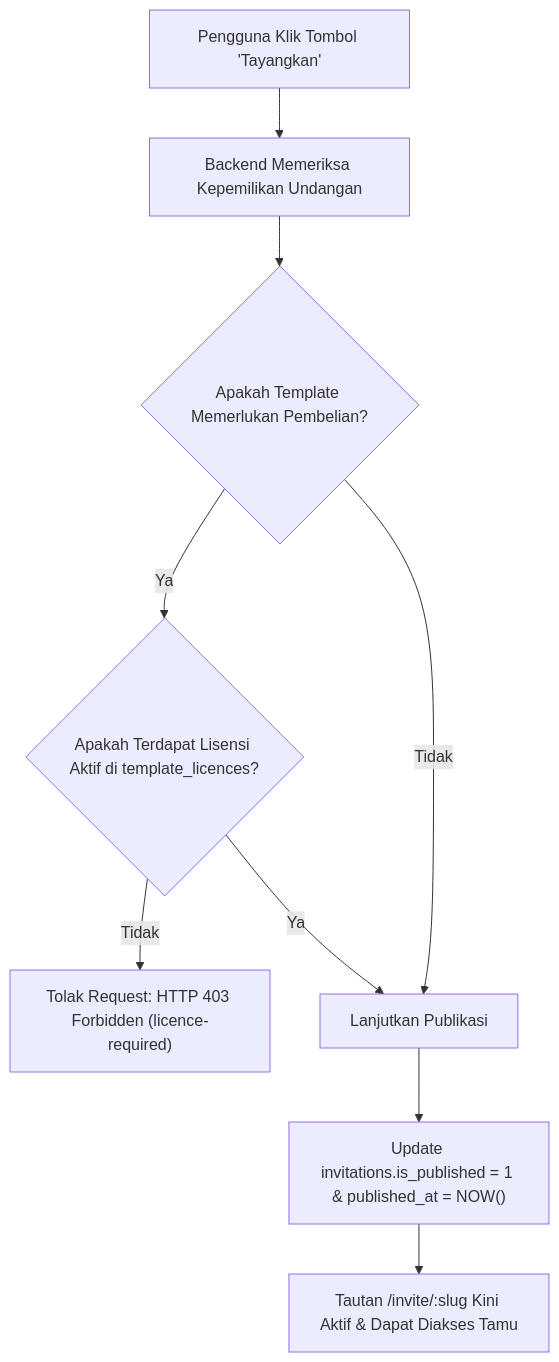
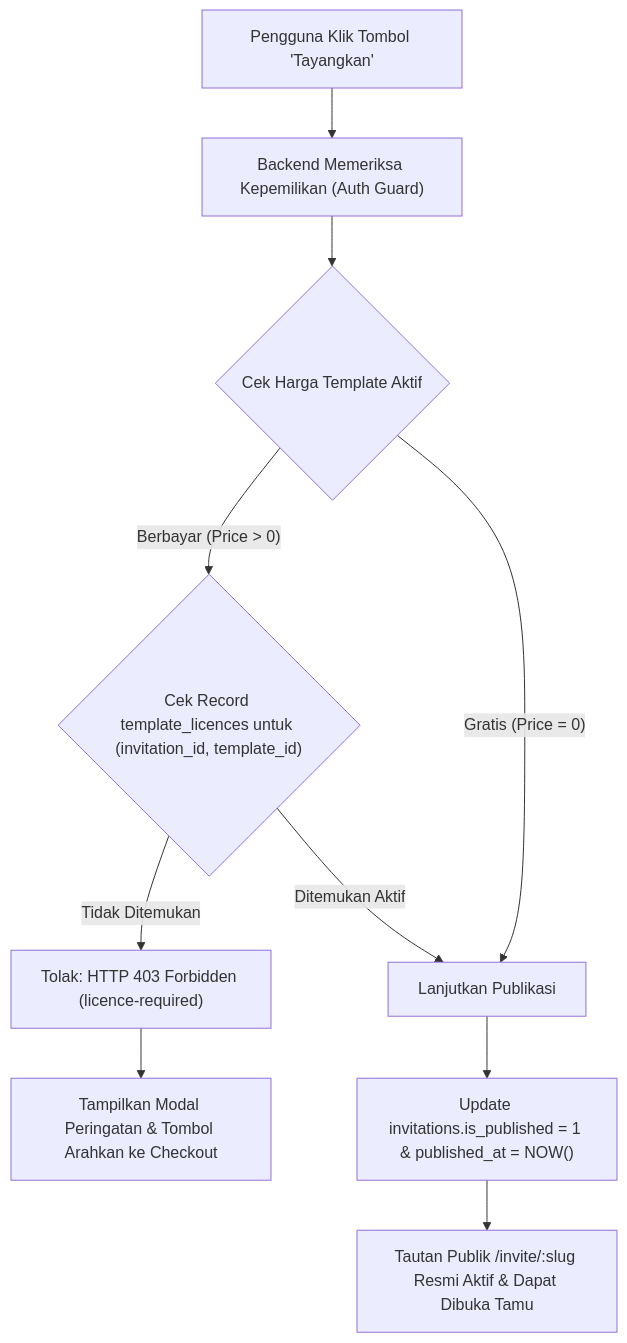
One commit to maszaen/infomase changed the fourth of 11 diagrams in docs/BUSINESS_FLOW.md. Above: the diagram before and after it, drawn with Mermaid. The commit also changed other lines of this file and 21 other files, not shown here.

Commit message:
feat(frontend): integrate CI4 backend proxy, auth sync, live slug validator, and multi-invitation isolation

````diff
--- a/docs/BUSINESS_FLOW.md
+++ b/docs/BUSINESS_FLOW.md
@@ -88,11 +115,12 @@
 ```mermaid
 flowchart TD
-    A["Pengguna Klik Tombol 'Tayangkan'"] --> B["Backend Memeriksa Kepemilikan Undangan"]
-    B --> C{"Apakah Template Memerlukan Pembelian?"}
-    C -- Ya --> D{"Apakah Terdapat Lisensi Aktif di template_licences?"}
-    D -- Tidak --> E["Tolak Request: HTTP 403 Forbidden (licence-required)"]
-    D -- Ya --> F["Lanjutkan Publikasi"]
-    C -- Tidak --> F
-    F --> G["Update invitations.is_published = 1 & published_at = NOW()"]
-    G --> H["Tautan /invite/:slug Kini Aktif & Dapat Diakses Tamu"]
+    A["Pengguna Klik Tombol 'Tayangkan'"] --> B["Backend Memeriksa Kepemilikan (Auth Guard)"]
+    B --> C{"Cek Harga Template Aktif"}
+    C -- "Gratis (Price = 0)" --> D["Lanjutkan Publikasi"]
+    C -- "Berbayar (Price > 0)" --> E{"Cek Record template_licences untuk (invitation_id, template_id)"}
+    E -- "Tidak Ditemukan" --> F["Tolak: HTTP 403 Forbidden (licence-required)"]
+    F --> G["Tampilkan Modal Peringatan & Tombol Arahkan ke Checkout"]
+    E -- "Ditemukan Aktif" --> D
+    D --> H["Update invitations.is_published = 1 & published_at = NOW()"]
+    H --> I["Tautan Publik /invite/:slug Resmi Aktif & Dapat Dibuka Tamu"]
 ```
````
